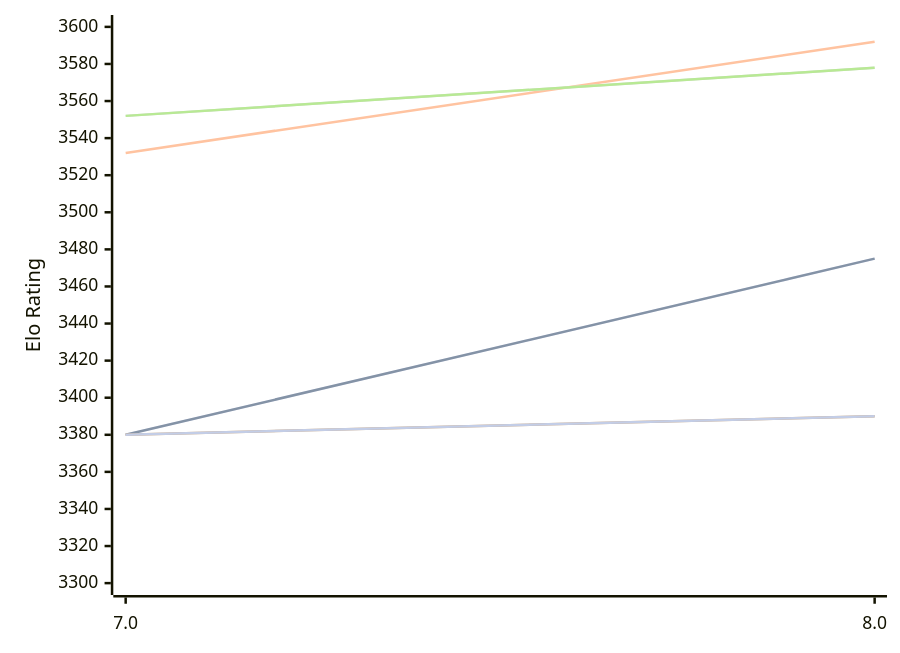
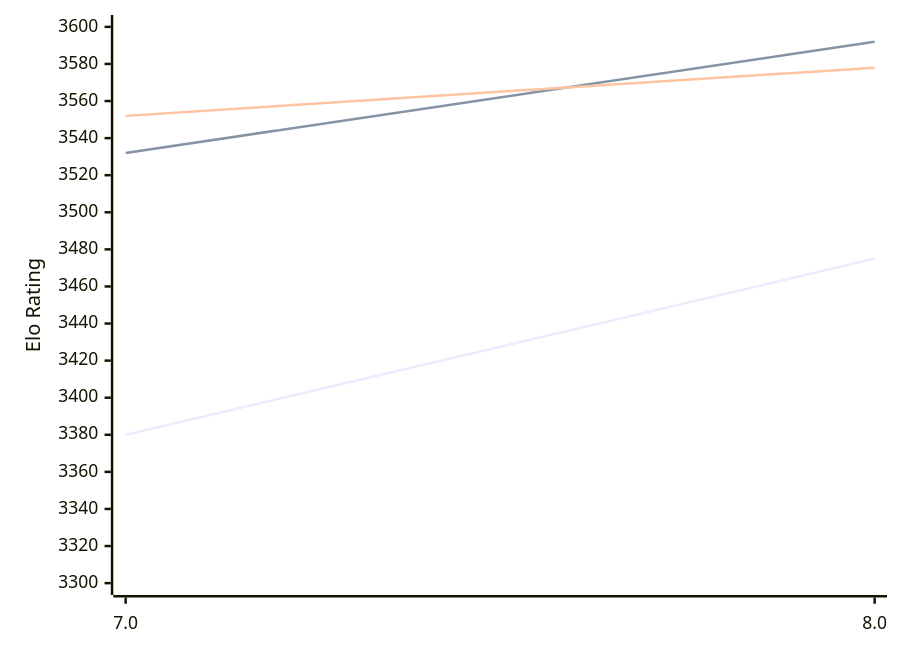
Before and after one commit to computer-chess-index/cci: the diagram in engines/Integral.md, drawn with Mermaid. The commit also changed other lines of this file, not shown here.

````diff
--- a/engines/Integral.md
+++ b/engines/Integral.md
@@ -48,13 +48,9 @@
 ```mermaid
 %%{init: {"theme":"base","themeVariables":{"seriesColors:['#a3a3a3','#222221','#faa371']}}}%%
 xychart-beta
   x-axis ["7.0", "8.0"]
   y-axis "Elo Rating" 3300 --> 3600
-  line "" [3380, 3475]
   line "T1: STC (8.0+0.08s)" [3380, 3475]
   line "T1: LTC (60.0+0.60s)" [3532, 3592]
-  line "" [3552, 3578]
   line "T1: VLTC (2m24s+1.12s)" [3552, 3578]
-  line "" [3380,3390]
-  line "E1: STC (8.0+0.08s)" [3380,3390]
 ```
````
